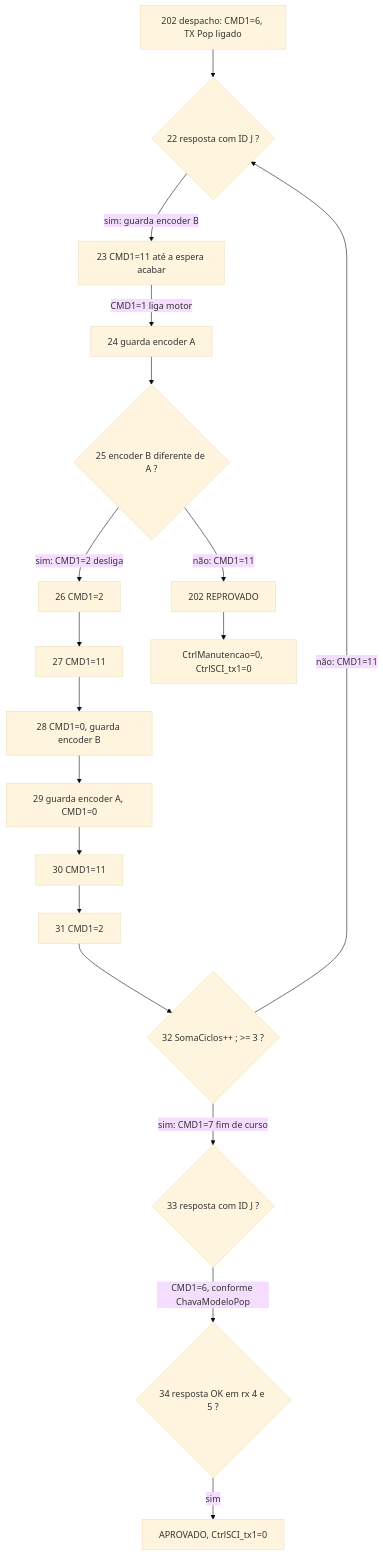
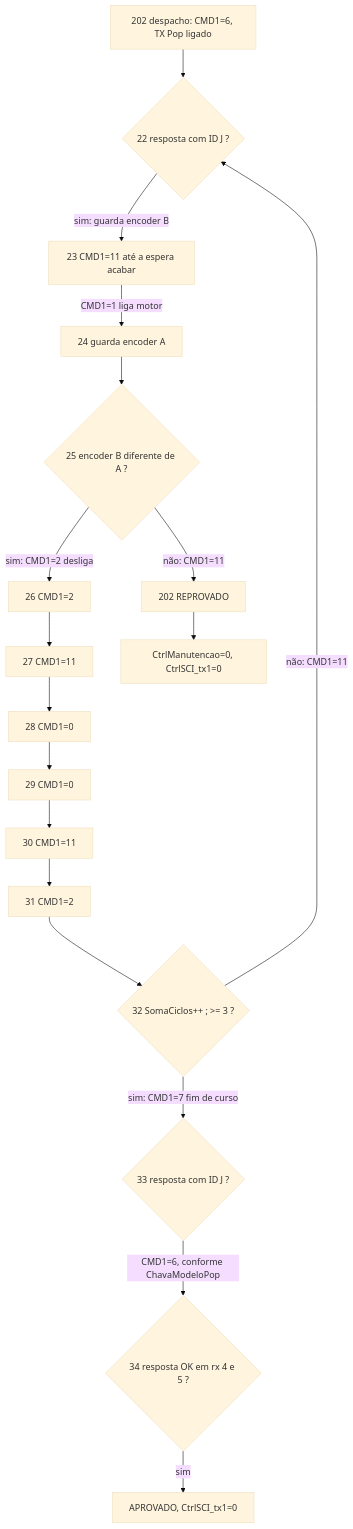
Before and after one commit to gustavoazevedo-ppa/Prog-Wifi: the fourth of 4 diagrams in docs/jiga-state-machine.md, drawn with Mermaid (base theme). The commit also changed other lines of this file and 8 other files, not shown here.

````diff
--- a/docs/jiga-state-machine.md
+++ b/docs/jiga-state-machine.md
@@ -258,21 +217,21 @@
 ```mermaid
 flowchart TD
     D["202 despacho: CMD1=6, TX Pop ligado"] --> E22
     E22{"22 resposta com ID J ?"} -->|"sim: guarda encoder B"| E23
     E23["23 CMD1=11 até a espera acabar"] -->|"CMD1=1 liga motor"| E24
     E24["24 guarda encoder A"] --> E25
     E25{"25 encoder B diferente de A ?"}
     E25 -->|"sim: CMD1=2 desliga"| E26
     E25 -->|"não: CMD1=11"| E202["202 REPROVADO"]
     E26["26 CMD1=2"] --> E27["27 CMD1=11"]
-    E27 --> E28["28 CMD1=0, guarda encoder B"]
-    E28 --> E29["29 guarda encoder A, CMD1=0"]
+    E27 --> E28["28 CMD1=0"]
+    E28 --> E29["29 CMD1=0"]
     E29 --> E30["30 CMD1=11"]
     E30 --> E31["31 CMD1=2"]
     E31 --> E32{"32 SomaCiclos++ ; >= 3 ?"}
     E32 -->|"não: CMD1=11"| E22
     E32 -->|"sim: CMD1=7 fim de curso"| E33
     E33{"33 resposta com ID J ?"} -->|"CMD1=6, conforme ChavaModeloPop"| E34
     E34{"34 resposta OK em rx 4 e 5 ?"} -->|"sim"| APROV["APROVADO, CtrlSCI_tx1=0"]
     E202 --> FIMR["CtrlManutencao=0, CtrlSCI_tx1=0"]
 ```
````
